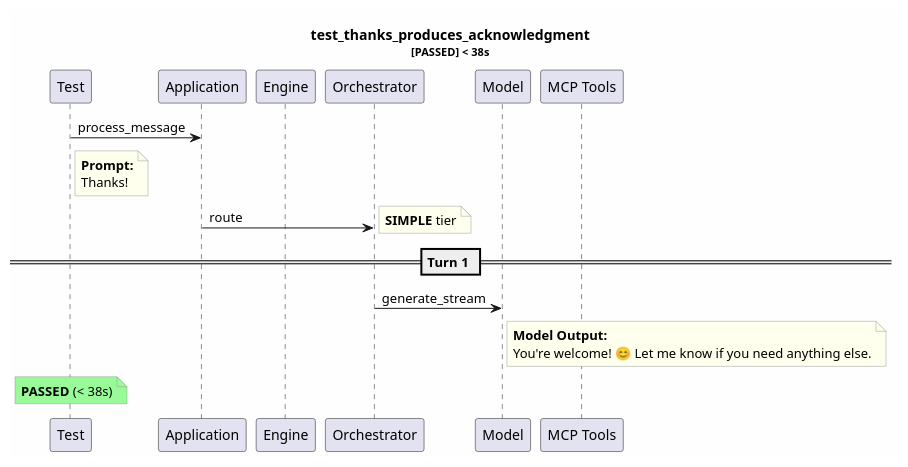
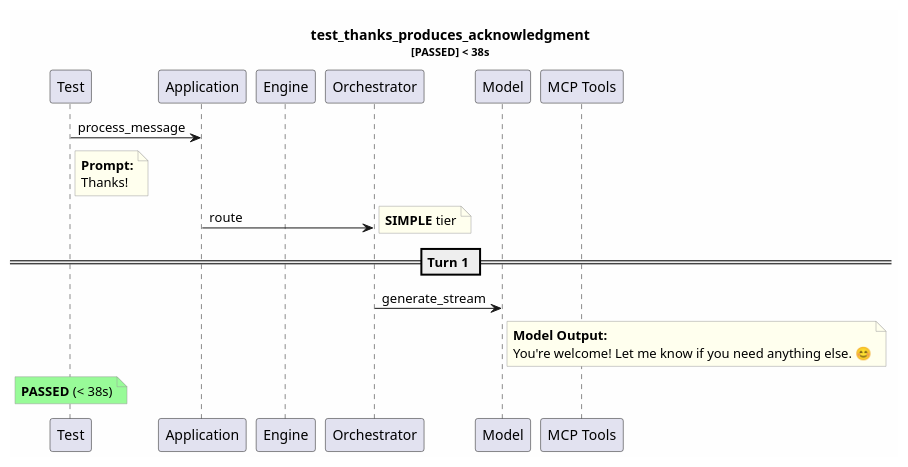
One commit to tvanfossen/entropic changed the diagram in test-reports/logs/test_thanks_produces_acknowledgment/test_thanks_produces_acknowledgment.puml. Above: the diagram before and after it, drawn with PlantUML. The commit also changed 75 other files, not shown here.

```diff
--- a/test-reports/logs/test_thanks_produces_acknowledgment/test_thanks_produces_acknowledgment.puml
+++ b/test-reports/logs/test_thanks_produces_acknowledgment/test_thanks_produces_acknowledgment.puml
@@ -1,31 +1,31 @@
 @startuml
 skinparam backgroundColor #FEFEFE
 skinparam noteBorderColor #999999
 skinparam noteBackgroundColor #FFFFEE
 title test_thanks_produces_acknowledgment\n<size:11>[PASSED] < 38s</size>
 
 participant "Test" as T
 participant "Application" as App
 participant "Engine" as Eng
 participant "Orchestrator" as Orch
 participant "Model" as Mdl
 participant "MCP Tools" as MCP
 
 T -> App: process_message
 note right of T
   **Prompt:**
   Thanks!
 end note
 App -> Orch: route
 note right: **SIMPLE** tier
 == Turn 1 ==
 Orch -> Mdl: generate_stream
 note right of Mdl
   **Model Output:**
-  You're welcome! 😊 Let me know if you need anything else.
+  You're welcome! Let me know if you need anything else. 😊
 end note
 note over T #palegreen
   **PASSED** (< 38s)
 end note
 
 @enduml
```
